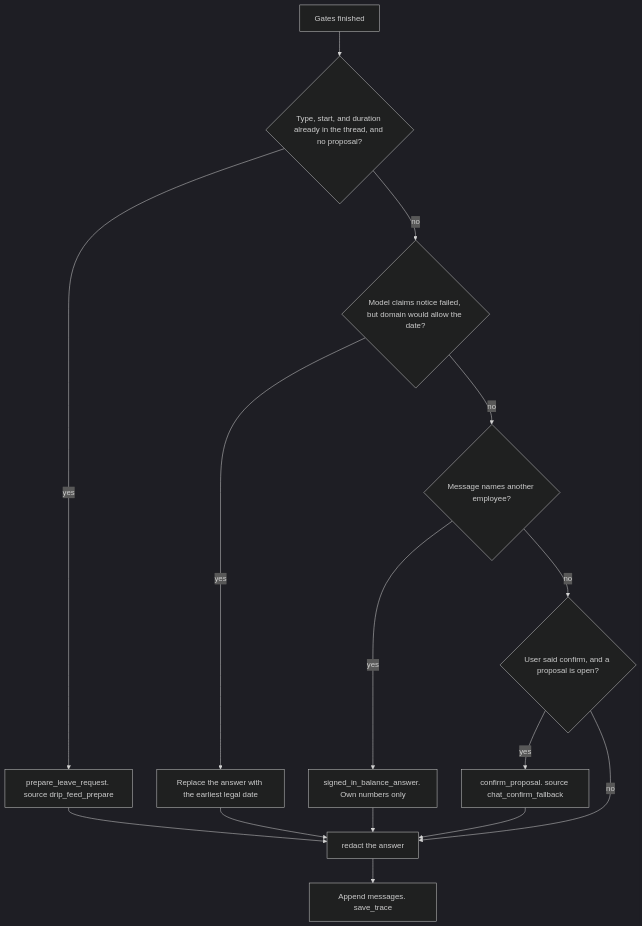
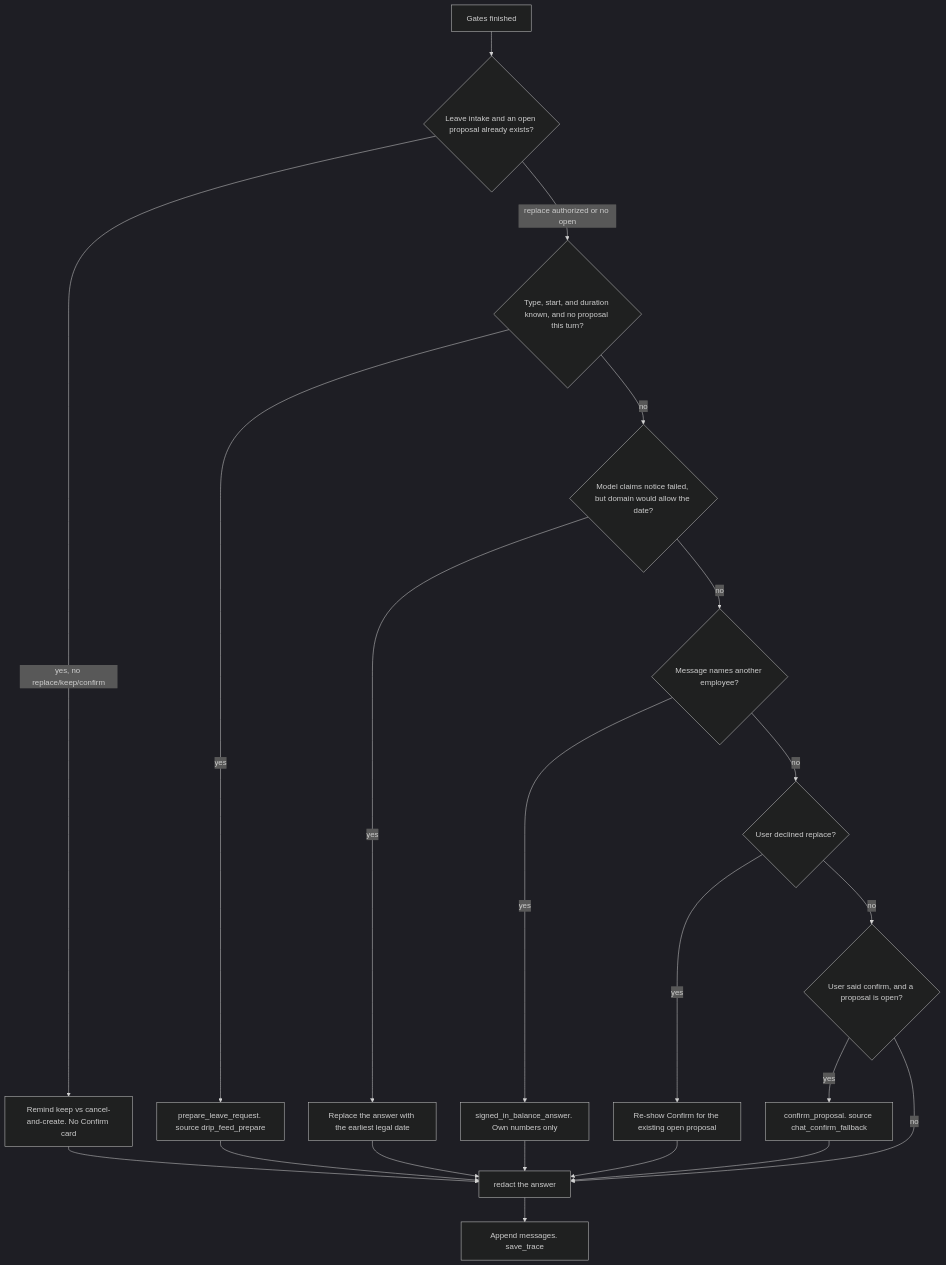
Before and after one commit to haniialfiyyaah/hr-assistant: the ninth of 16 diagrams in docs/code-guide.md, drawn with Mermaid (dark theme). The commit also changed other lines of this file and 5 other files, not shown here.

Commit message:
Document open-proposal remind, replace, and intake helpers.

````diff
--- a/docs/code-guide.md
+++ b/docs/code-guide.md
@@ -265,17 +270,23 @@
 ```mermaid
 flowchart TD
-  done[Gates finished] --> drip{Type, start, and duration already in the thread, and no proposal?}
+  done[Gates finished] --> open{Leave intake and an open proposal already exists?}
+  open -->|yes, no replace/keep/confirm| remind[Remind keep vs cancel-and-create. No Confirm card]
+  open -->|replace authorized or no open| drip{Type, start, and duration known, and no proposal this turn?}
   drip -->|yes| self[prepare_leave_request. source drip_feed_prepare]
   drip -->|no| notice{Model claims notice failed, but domain would allow the date?}
   notice -->|yes| fix[Replace the answer with the earliest legal date]
   notice -->|no| other{Message names another employee?}
   other -->|yes| rewrite[signed_in_balance_answer. Own numbers only]
-  other -->|no| conf{User said confirm, and a proposal is open?}
+  other -->|no| keep{User declined replace?}
+  keep -->|yes| reattach[Re-show Confirm for the existing open proposal]
+  keep -->|no| conf{User said confirm, and a proposal is open?}
   conf -->|yes| fallback[confirm_proposal. source chat_confirm_fallback]
   conf -->|no| redact[redact the answer]
+  remind --> redact
   self --> redact
   fix --> redact
   rewrite --> redact
+  reattach --> redact
   fallback --> redact
   redact --> save[Append messages. save_trace]
 ```
````
